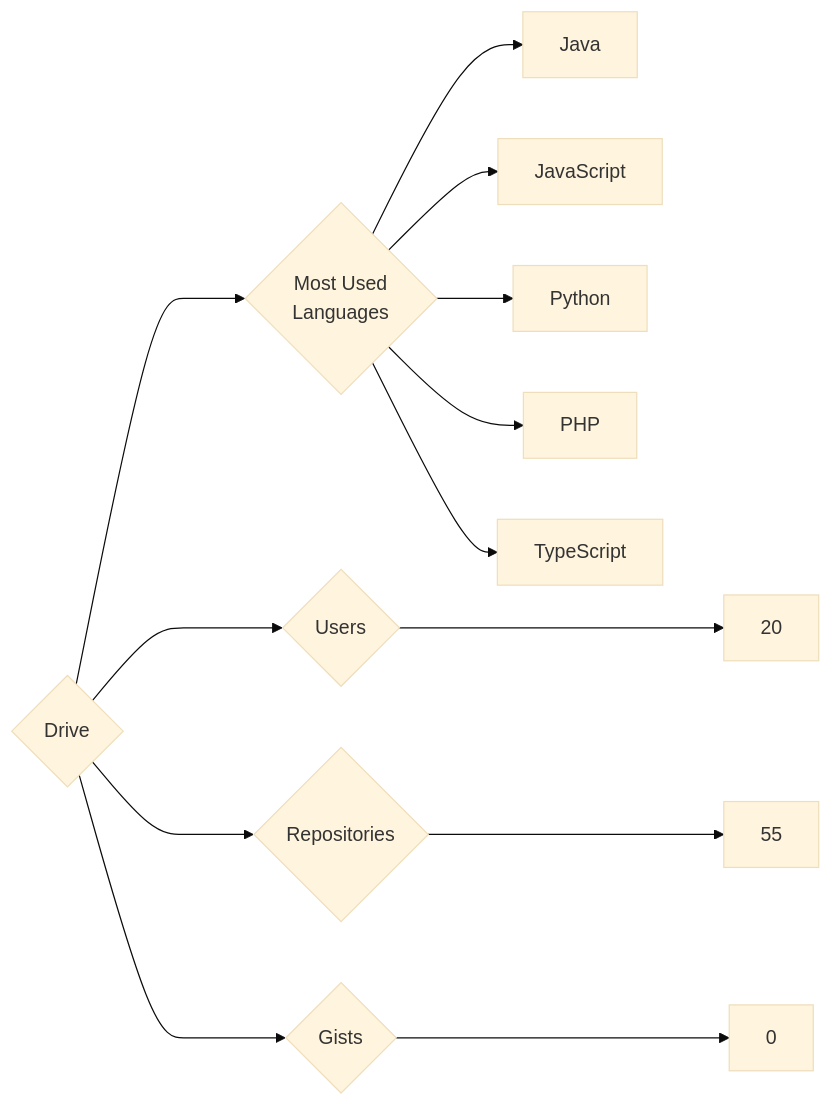
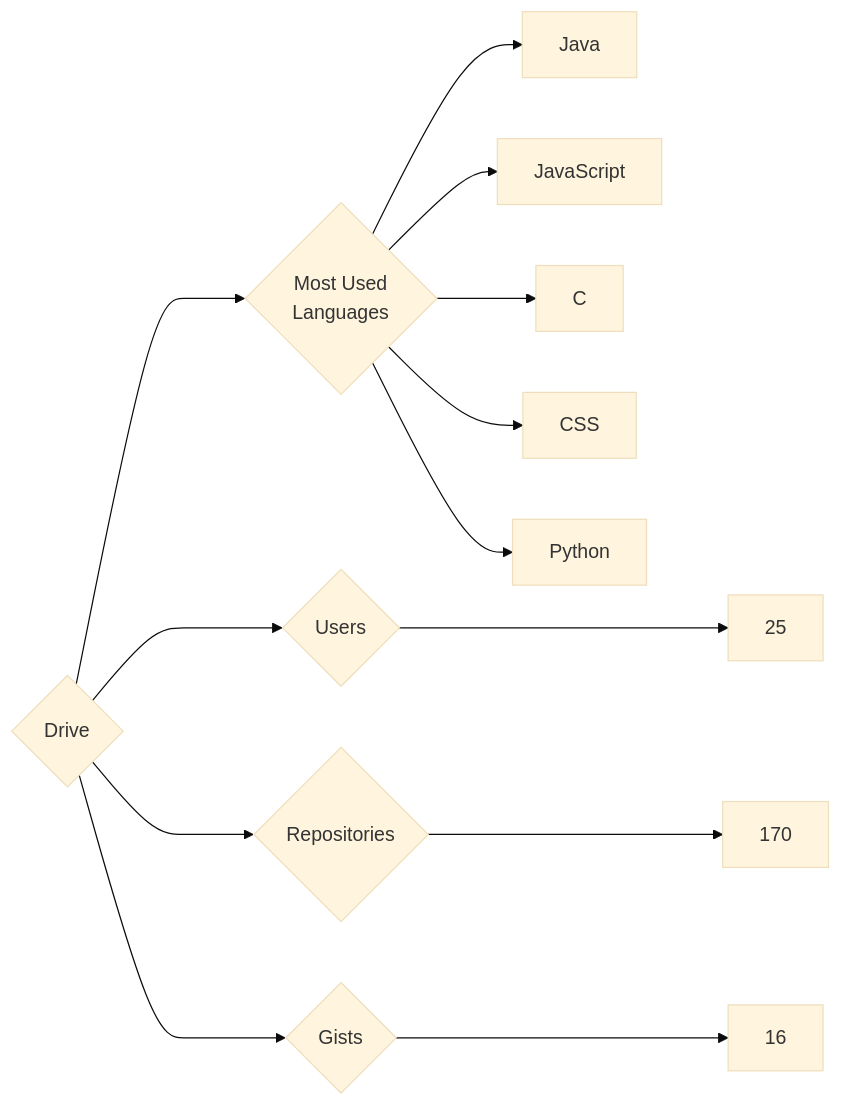
Before and after one commit to trickest/insiders: the diagram in targets/Drive/README.md, drawn with Mermaid (base theme). The commit also changed 984 other files, not shown here.

````diff
--- a/targets/Drive/README.md
+++ b/targets/Drive/README.md
@@ -3,13 +3,13 @@
 ```mermaid
 graph LR
 COMPANY_NAME{Drive}
-COMPANY_NAME ---> U{Users} ---> UN[20]
-COMPANY_NAME ---> R{Repositories} ---> RN[55]
-COMPANY_NAME ---> G{Gists} ---> GN[0]
+COMPANY_NAME ---> U{Users} ---> UN[25]
+COMPANY_NAME ---> R{Repositories} ---> RN[170]
+COMPANY_NAME ---> G{Gists} ---> GN[16]
 COMPANY_NAME ---> ML{Most Used<br>Languages}
-ML --> Java
-ML --> JavaScript
-ML --> Python
-ML --> PHP
-ML --> TypeScript
+ML --> Java[Java]
+ML --> JavaScript[JavaScript]
+ML --> C[C]
+ML --> CSS[CSS]
+ML --> Python[Python]
 ```
````
